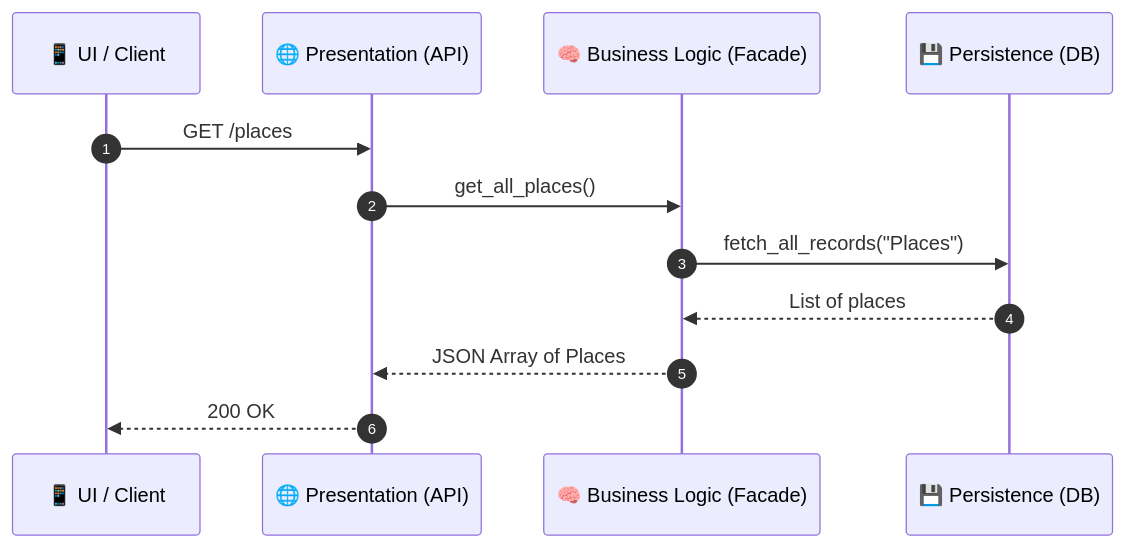
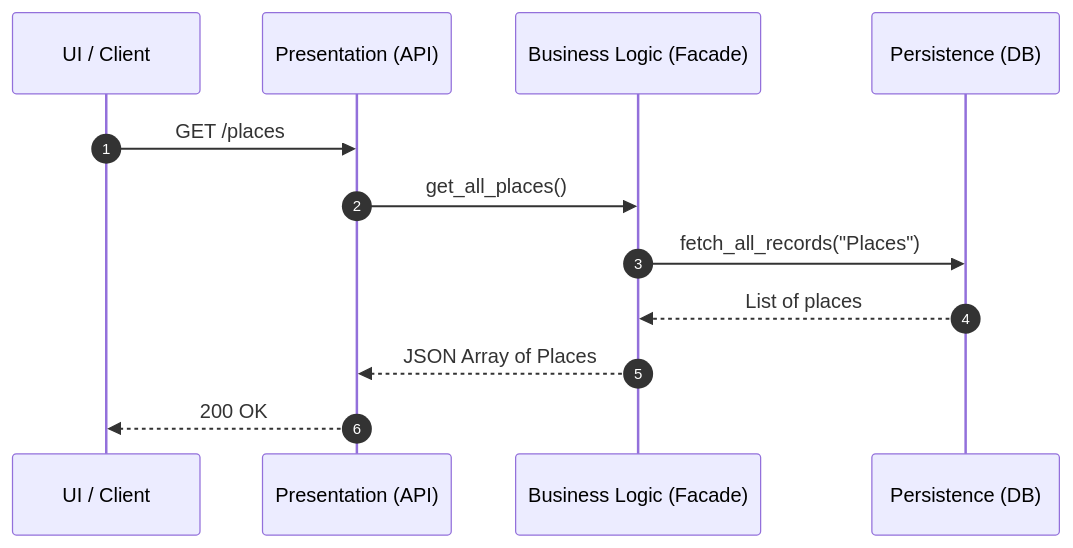
One commit to badriahalmalki/holbertonschool-hbnb changed the fourth of 4 diagrams in diagrams/sequence_diagrams.md. Above: the diagram before and after it, drawn with Mermaid. The commit also changed other lines of this file, not shown here.

Commit message:
Update on sequence_diagrams

````diff
--- a/diagrams/sequence_diagrams.md
+++ b/diagrams/sequence_diagrams.md
@@ -70,16 +70,16 @@
 ```mermaid
 sequenceDiagram
     autonumber
-    participant Client as 📱 UI / Client
-    participant API as 🌐 Presentation (API)
-    participant BL as 🧠 Business Logic (Facade)
-    participant DB as 💾 Persistence (DB)
+    participant Client as  UI / Client
+    participant API as  Presentation (API)
+    participant BL as  Business Logic (Facade)
+    participant DB as  Persistence (DB)
 
     Client->>API: GET /places
     API->>BL: get_all_places()
     BL->>DB: fetch_all_records("Places")
     DB-->>BL: List of places
     BL-->>API: JSON Array of Places
     API-->>Client: 200 OK
 
 ```
````
